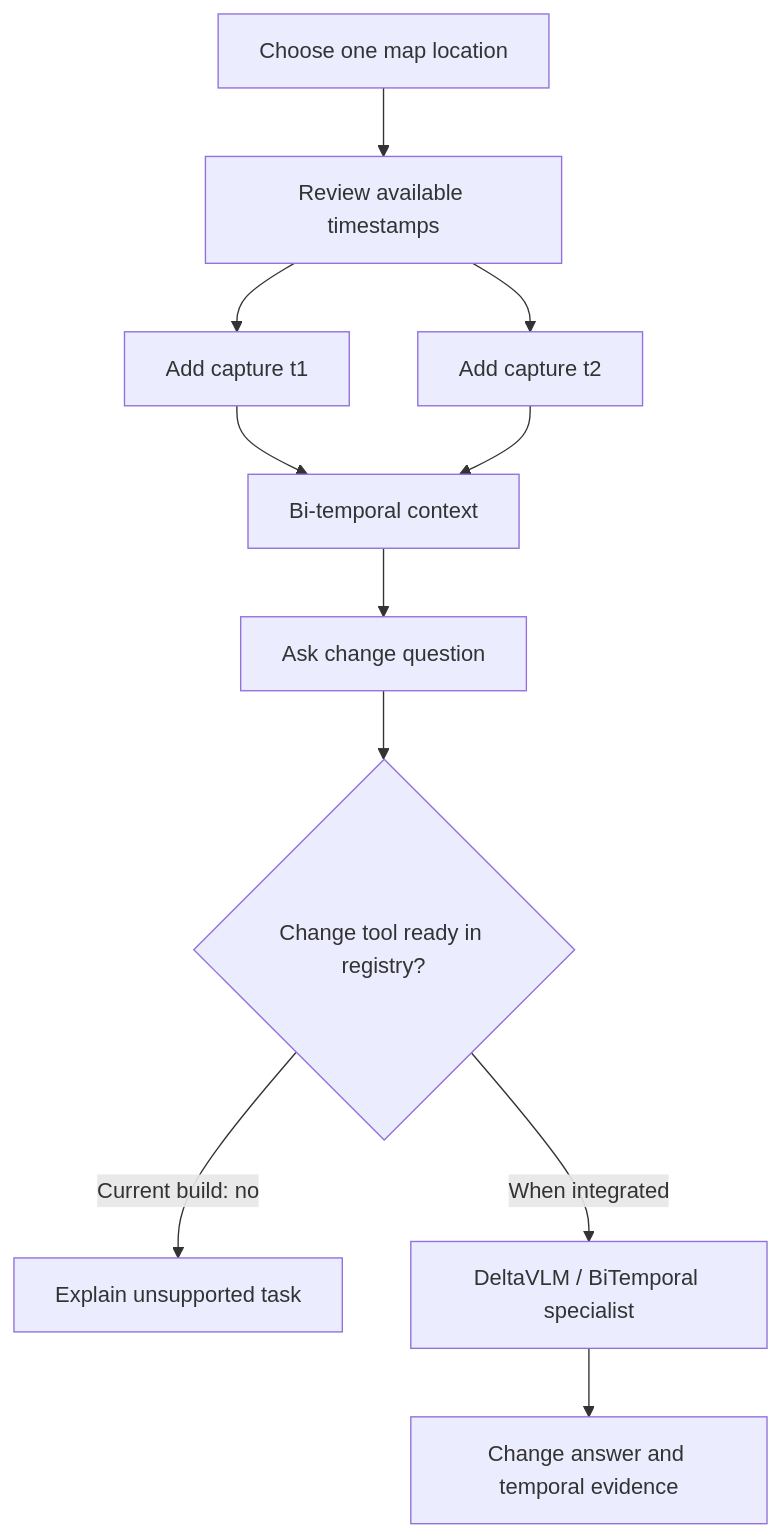
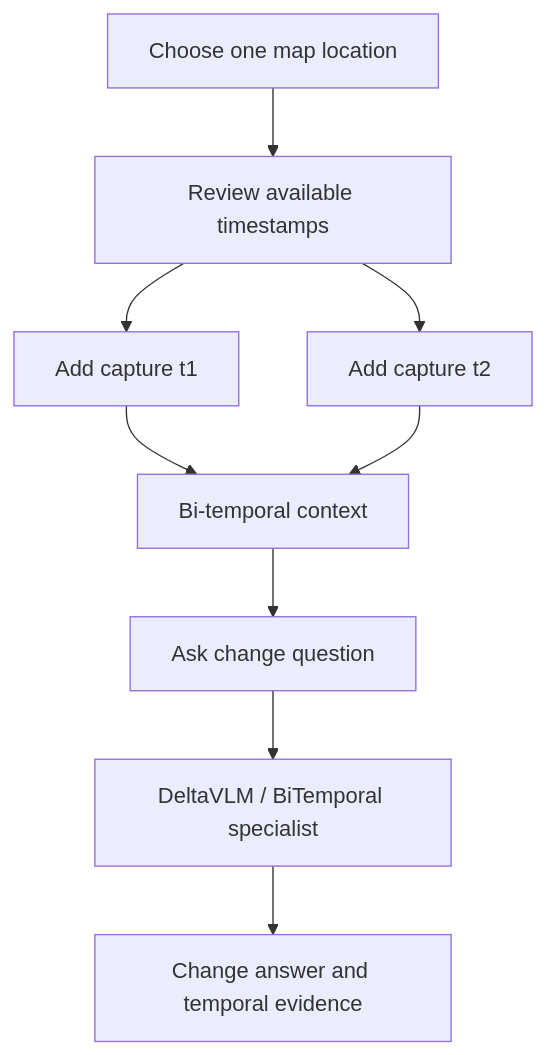
One commit to Siddh-2006/SatQuery_AI changed the fourth of 6 diagrams in docs/04-user-flow.md. Above: the diagram before and after it, drawn with Mermaid. The commit also changed other lines of this file and 8 other files, not shown here.

````diff
--- a/docs/04-user-flow.md
+++ b/docs/04-user-flow.md
@@ -162,12 +152,10 @@
 ```mermaid
 flowchart TD
 	Location[Choose one map location] --> Dates[Review available timestamps]
 	Dates --> T1[Add capture t1]
 	Dates --> T2[Add capture t2]
 	T1 & T2 --> Pair[Bi-temporal context]
 	Pair --> Question[Ask change question]
-	Question --> Gate{Change tool ready in registry?}
-	Gate -->|Current build: no| Rejected[Explain unsupported task]
-	Gate -->|When integrated| Delta[DeltaVLM / BiTemporal specialist]
+	Question --> Delta[DeltaVLM / BiTemporal specialist]
 	Delta --> ChangeAnswer[Change answer and temporal evidence]
 ```
````
